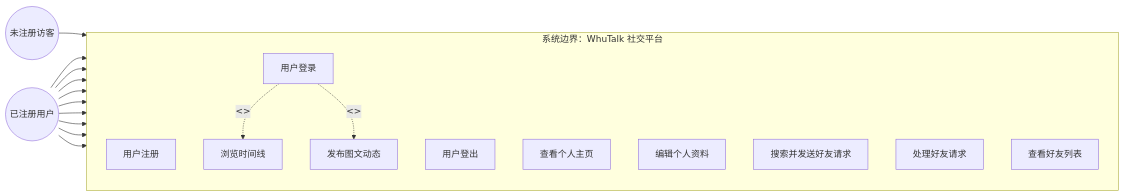
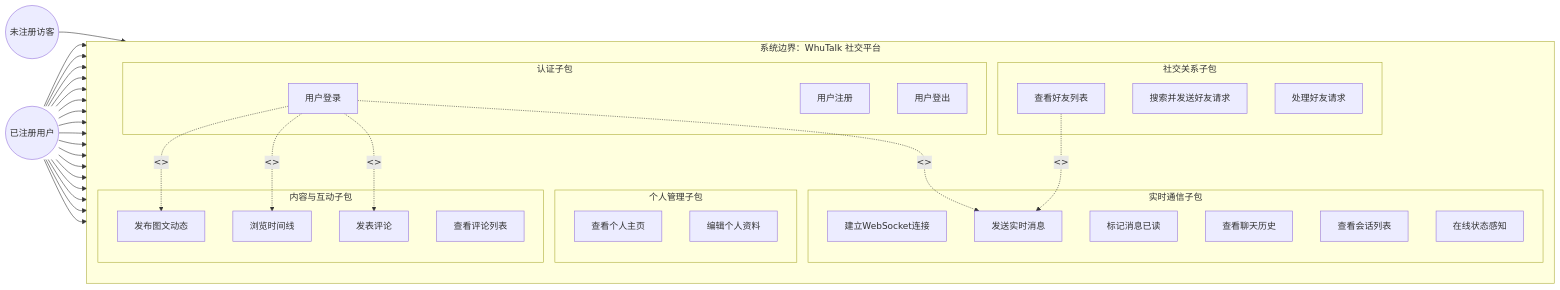
Before and after one commit to Hpaaon/WhuTalk: the first of 9 diagrams in docs/需求规格说明书.md, drawn with Mermaid. The commit also changed other lines of this file and 3 other files, not shown here.

````diff
--- a/docs/需求规格说明书.md
+++ b/docs/需求规格说明书.md
@@ -39,31 +71,67 @@
 ```mermaid
 flowchart LR
     subgraph UC[系统边界：WhuTalk 社交平台]
         direction TB
-        UC01[用户注册]
-        UC02[用户登录]
-        UC03[用户登出]
-        UC04[查看个人主页]
-        UC05[编辑个人资料]
-        UC06[发布图文动态]
-        UC07[浏览时间线]
-        UC08[搜索并发送好友请求]
-        UC09[处理好友请求]
-        UC10[查看好友列表]
+        
+        subgraph Auth[认证子包]
+            UC01[用户注册]
+            UC02[用户登录]
+            UC03[用户登出]
+        end
+        
+        subgraph Profile[个人管理子包]
+            UC04[查看个人主页]
+            UC05[编辑个人资料]
+        end
+        
+        subgraph Content[内容与互动子包]
+            UC06[发布图文动态]
+            UC07[浏览时间线]
+            UC13[发表评论]
+            UC14[查看评论列表]
+        end
+        
+        subgraph Social[社交关系子包]
+            UC08[搜索并发送好友请求]
+            UC09[处理好友请求]
+            UC10[查看好友列表]
+        end
+        
+        subgraph IM[实时通信子包]
+            UC15[建立WebSocket连接]
+            UC16[发送实时消息]
+            UC17[标记消息已读]
+            UC18[查看聊天历史]
+            UC19[查看会话列表]
+            UC20[在线状态感知]
+        end
     end
 
     Visitor((未注册访客)) --> UC01
     User((已注册用户)) --> UC02
     User --> UC03
     User --> UC04
     User --> UC05
     User --> UC06
     User --> UC07
+    User --> UC13
+    User --> UC14
     User --> UC08
     User --> UC09
     User --> UC10
+    User --> UC15
+    User --> UC16
+    User --> UC17
+    User --> UC18
+    User --> UC19
+    User --> UC20
 
-    %% 包含关系（登录是其他操作的前置）
+    %% 登录依赖（登录是核心操作的前置条件）
+    UC02 -.->|<<extend>>| UC06
     UC02 -.->|<<extend>>| UC07
-    UC02 -.->|<<extend>>| UC06
+    UC02 -.->|<<extend>>| UC13
+    UC02 -.->|<<extend>>| UC16
+
+    %% 好友关系依赖（私信需先建立好友关系）
+    UC10 -.->|<<include>>| UC16
 ```
````
